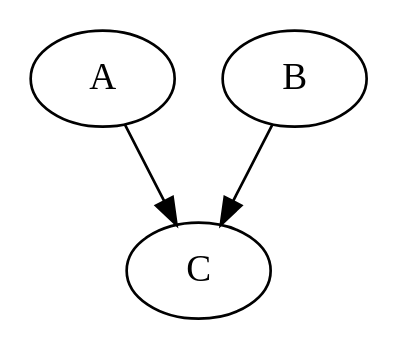
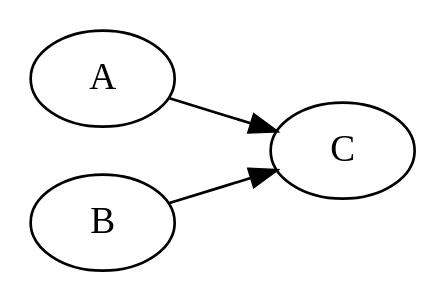
One commit to dbatten5/notes changed the first of 2 diagrams in notes/202210131227.md. Above: the diagram before and after it, drawn with Graphviz. The commit also changed 37 other files, not shown here.

````diff
--- a/notes/202210131227.md
+++ b/notes/202210131227.md
@@ -4,6 +5,8 @@
 ```dot
 digraph G {
+  rankdir="LR";
+
   A -> C;
   B -> C;
 }
 ```
````
